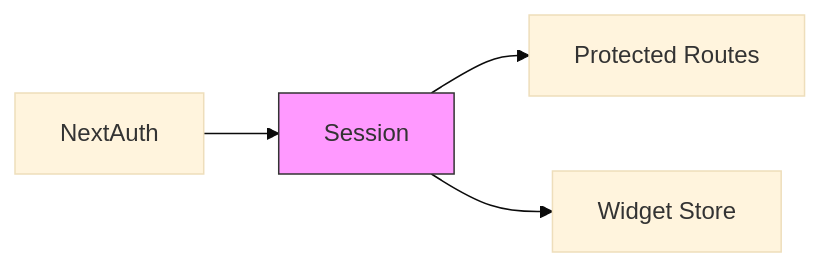
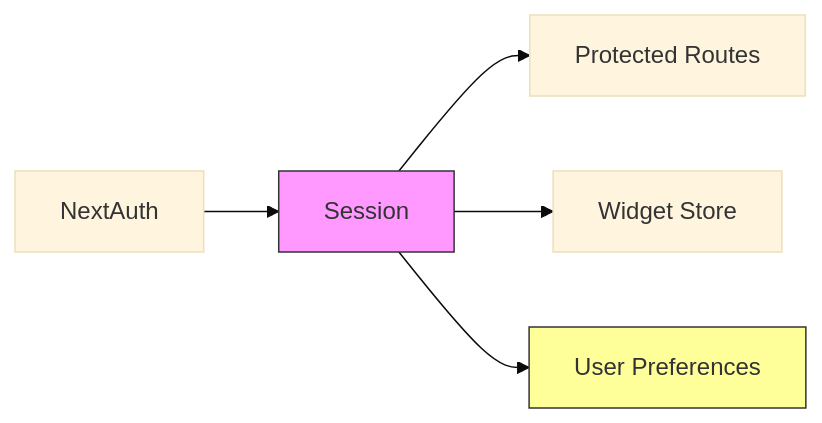
The first of 3 diagrams in docs/technical/STATE.md (terryyaki/Project_Mark_I), drawn with Mermaid (base theme) before and after one commit. The commit also changed other lines of this file and 14 other files, not shown here.

Commit message:
feat: Add user preferences types and session extension - Added UserPreferences interface - Extended NextAuth session types - Updated documentation - Implemented type-safe theme handling

````diff
--- a/docs/technical/STATE.md
+++ b/docs/technical/STATE.md
@@ -6,8 +6,10 @@
 ```mermaid
 graph LR
     A[NextAuth] --> B[Session]
     B --> C[Protected Routes]
     B --> D[Widget Store]
+    B --> E[User Preferences]
     
     style B fill:#f9f,stroke:#333
+    style E fill:#ff9,stroke:#333
 ```
````
